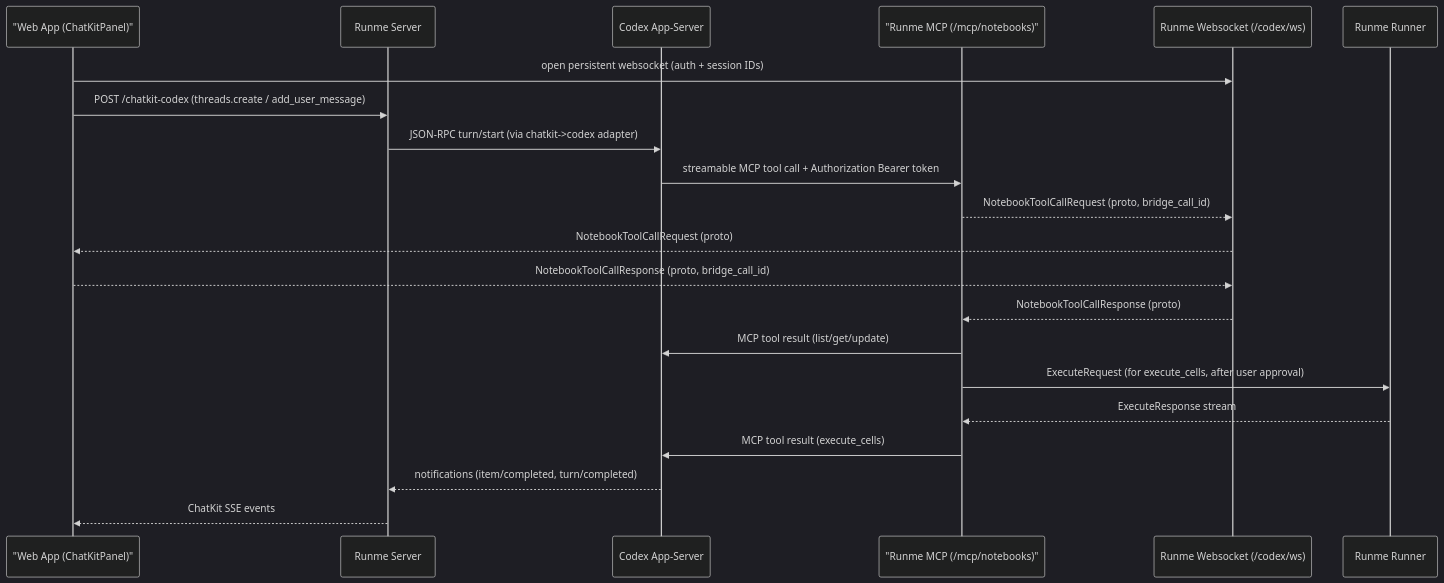
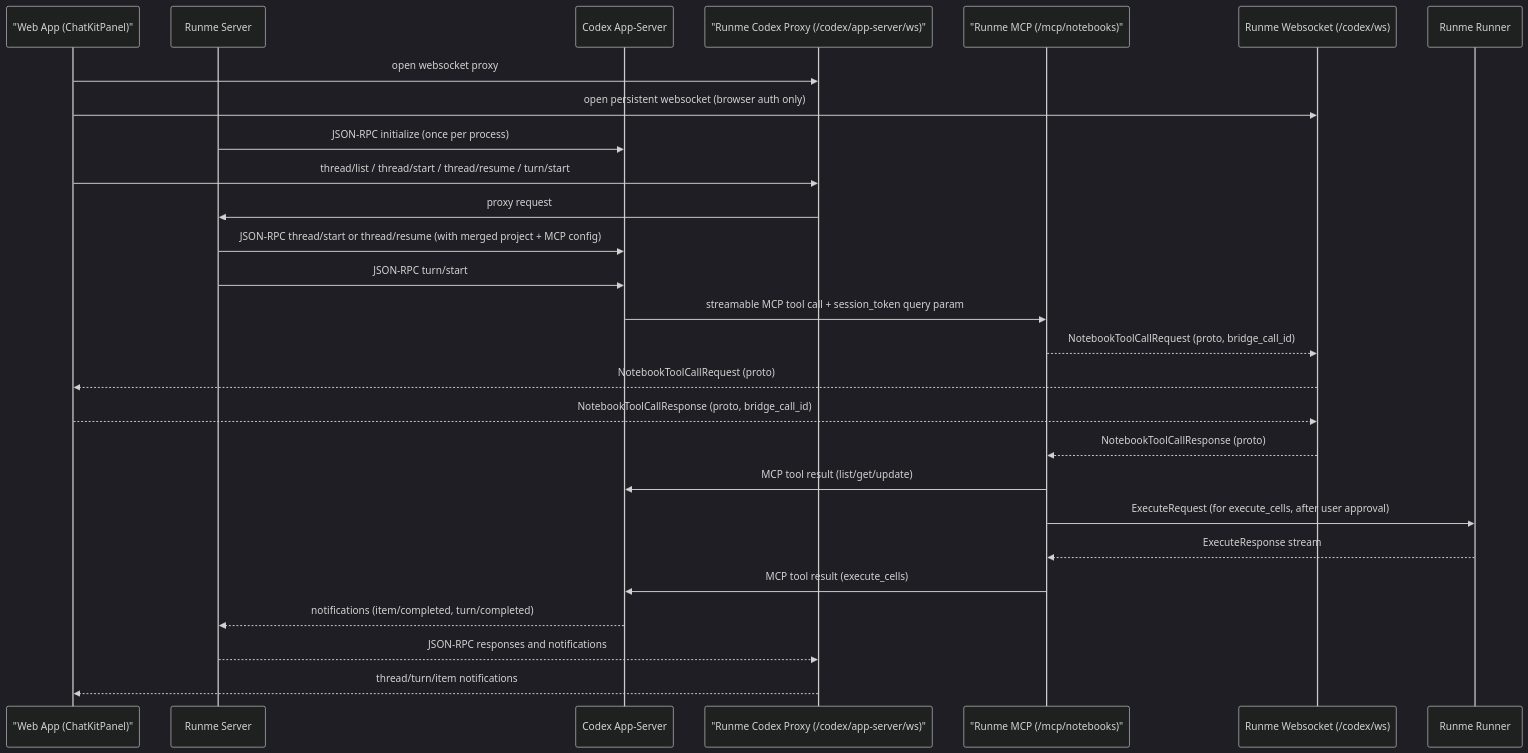
Before and after one commit to runmedev/web: the diagram in docs-dev/design/codexapp.md, drawn with Mermaid (dark theme). The commit also changed other lines of this file, not shown here.

Commit message:
Clarify codex lifecycle and project model

````diff
--- a/docs-dev/design/codexapp.md
+++ b/docs-dev/design/codexapp.md
@@ -172,27 +356,33 @@
 ```mermaid
 sequenceDiagram
   participant UI as "Web App (ChatKitPanel)"
   participant RS as Runme Server
   participant CA as Codex App-Server
+  participant PXY as "Runme Codex Proxy (/codex/app-server/ws)"
   participant MCP as "Runme MCP (/mcp/notebooks)"
   participant CWS as Runme Websocket (/codex/ws)
   participant RW as Runme Runner
 
-  UI->>CWS: open persistent websocket (auth + session IDs)
-  UI->>RS: POST /chatkit-codex (threads.create / add_user_message)
-  RS->>CA: JSON-RPC turn/start (via chatkit->codex adapter)
-  CA->>MCP: streamable MCP tool call + Authorization Bearer token
+  UI->>PXY: open websocket proxy
+  UI->>CWS: open persistent websocket (browser auth only)
+  RS->>CA: JSON-RPC initialize (once per process)
+  UI->>PXY: thread/list / thread/start / thread/resume / turn/start
+  PXY->>RS: proxy request
+  RS->>CA: JSON-RPC thread/start or thread/resume (with merged project + MCP config)
+  RS->>CA: JSON-RPC turn/start
+  CA->>MCP: streamable MCP tool call + session_token query param
 
   MCP-->>CWS: NotebookToolCallRequest (proto, bridge_call_id)
   CWS-->>UI: NotebookToolCallRequest (proto)
   UI-->>CWS: NotebookToolCallResponse (proto, bridge_call_id)
   CWS-->>MCP: NotebookToolCallResponse (proto)
   MCP->>CA: MCP tool result (list/get/update)
 
   MCP->>RW: ExecuteRequest (for execute_cells, after user approval)
   RW-->>MCP: ExecuteResponse stream
   MCP->>CA: MCP tool result (execute_cells)
 
   CA-->>RS: notifications (item/completed, turn/completed)
-  RS-->>UI: ChatKit SSE events
+  RS-->>PXY: JSON-RPC responses and notifications
+  PXY-->>UI: thread/turn/item notifications
 ```
````
